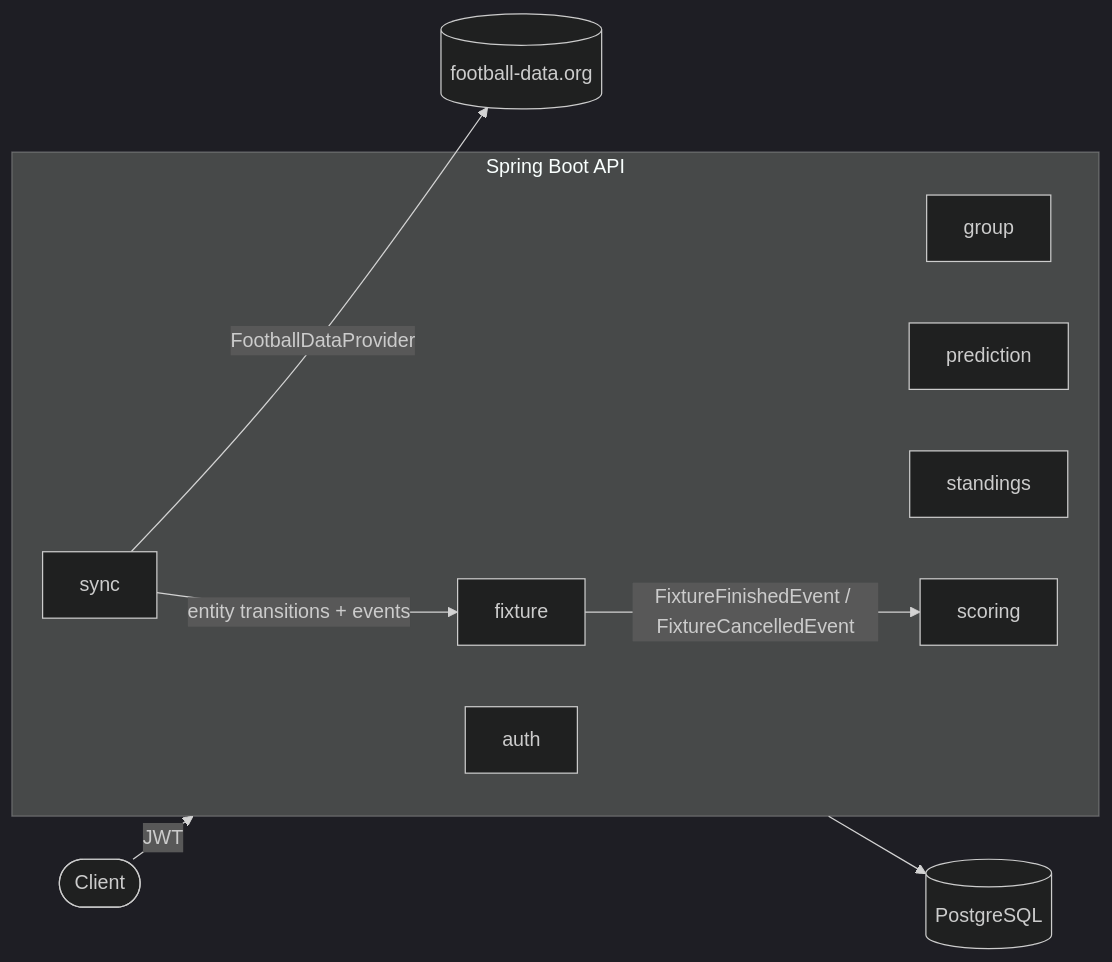
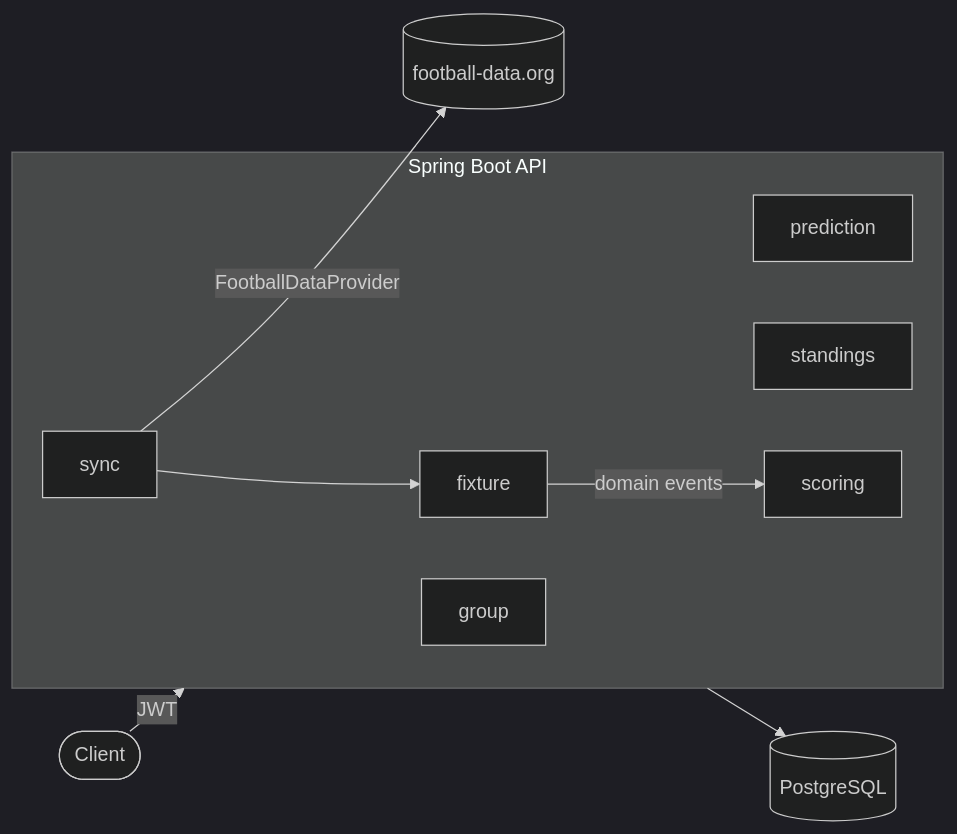
The diagram in README.md (raulced7/football-predictions), drawn with Mermaid (dark theme) before and after one commit. The commit also changed other lines of this file and 3 other files, not shown here.

````diff
--- a/README.md
+++ b/README.md
@@ -43,19 +29,18 @@
 ```mermaid
 flowchart LR
     client([Client]) -->|JWT| api
 
     subgraph api[Spring Boot API]
-        auth[auth]
         groups[group]
         predictions[prediction]
         standings[standings]
         fixtures[fixture]
         scoring[scoring]
         sync[sync]
     end
 
-    fixtures -- FixtureFinishedEvent / FixtureCancelledEvent --> scoring
-    sync -->|entity transitions + events| fixtures
+    fixtures -- domain events --> scoring
+    sync --> fixtures
     sync -->|FootballDataProvider| fd[(football-data.org)]
     api --> pg[(PostgreSQL)]
 ```
````
